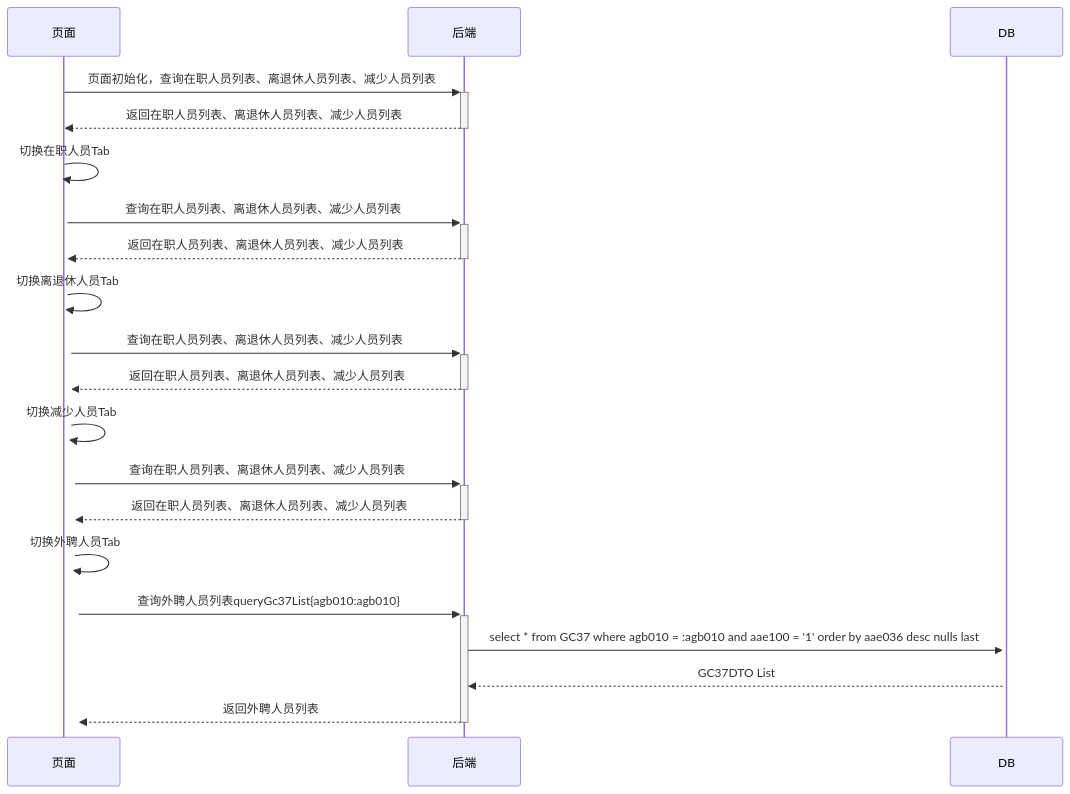
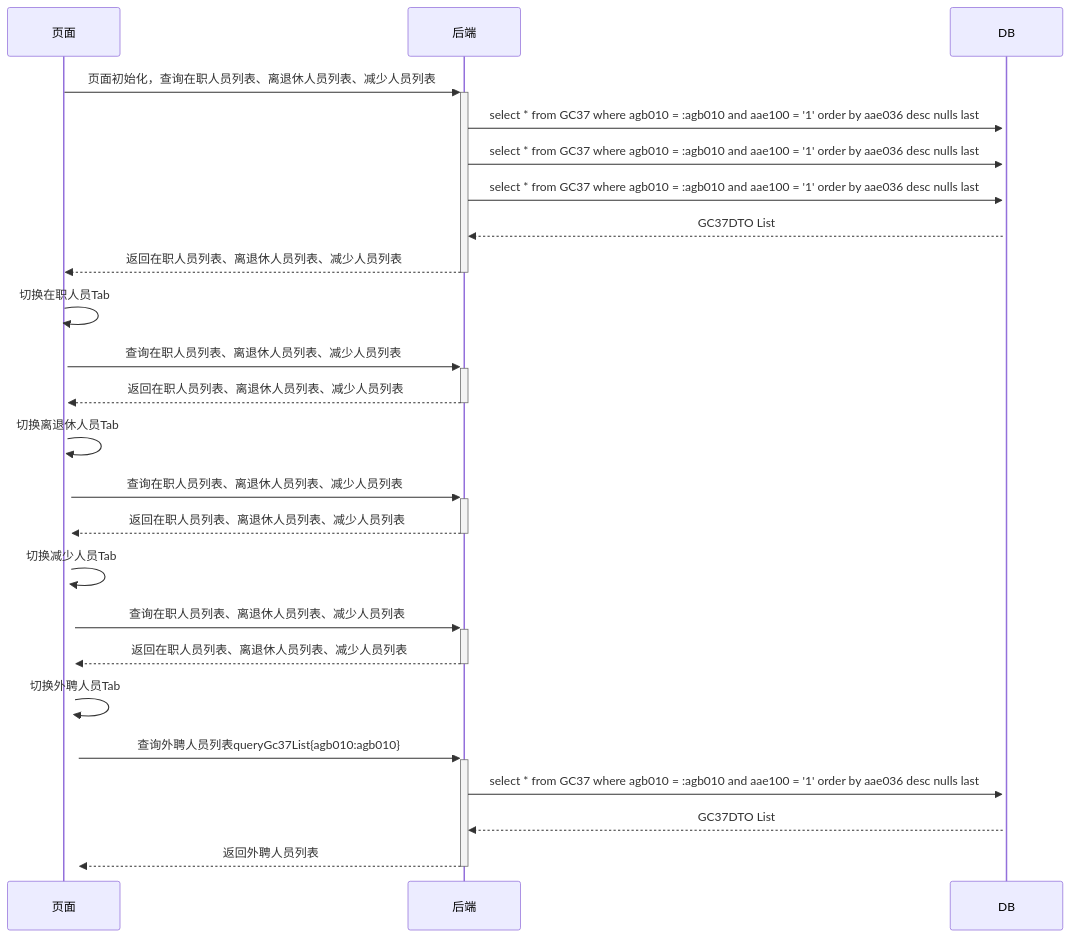
One commit to ZhangJianBeiJing/iodraw-files changed the diagram in all/人员基本信息初始化页面多Tab调用业务流程.md. Above: the diagram before and after it, drawn with Mermaid.

Commit message:
2025-03-25 10:31:13 update

````diff
--- a/all/人员基本信息初始化页面多Tab调用业务流程.md
+++ b/all/人员基本信息初始化页面多Tab调用业务流程.md
@@ -1,20 +1,23 @@
 ```mermaid
 sequenceDiagram
     页面->>+后端: 页面初始化，查询在职人员列表、离退休人员列表、减少人员列表
-    
+    后端->>+DB:select * from GC37 where agb010 = :agb010 and aae100 = '1' order by aae036 desc nulls last
+    后端->>+DB:select * from GC37 where agb010 = :agb010 and aae100 = '1' order by aae036 desc nulls last
+    后端->>+DB:select * from GC37 where agb010 = :agb010 and aae100 = '1' order by aae036 desc nulls last
+    DB-->>后端:GC37DTO List
     后端-->>-页面:返回在职人员列表、离退休人员列表、减少人员列表
     页面->>+页面:切换在职人员Tab
     页面->>+后端:查询在职人员列表、离退休人员列表、减少人员列表
     后端-->>-页面:返回在职人员列表、离退休人员列表、减少人员列表
     页面->>+页面:切换离退休人员Tab
     页面->>+后端:查询在职人员列表、离退休人员列表、减少人员列表
     后端-->>-页面:返回在职人员列表、离退休人员列表、减少人员列表
     页面->>+页面:切换减少人员Tab
     页面->>+后端:查询在职人员列表、离退休人员列表、减少人员列表
     后端-->>-页面:返回在职人员列表、离退休人员列表、减少人员列表
     页面->>+页面:切换外聘人员Tab
     页面->>+后端:查询外聘人员列表queryGc37List{agb010:agb010}
     后端->>+DB:select * from GC37 where agb010 = :agb010 and aae100 = '1' order by aae036 desc nulls last
     DB-->>后端:GC37DTO List 
     后端-->>-页面:返回外聘人员列表
 ```
````
